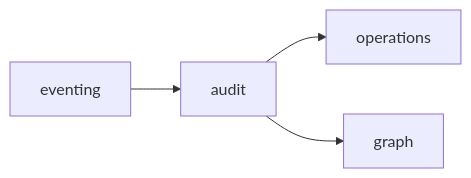
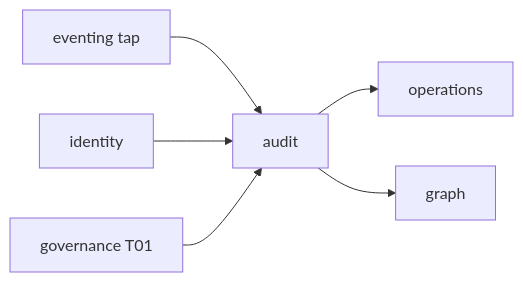
The diagram in docs/orchestration/modules/audit/R06-dependencies.md (jcafeitosa/anxionOS), drawn with Mermaid before and after one commit. The commit also changed other lines of this file and 3 other files, not shown here.

````diff
--- a/docs/orchestration/modules/audit/R06-dependencies.md
+++ b/docs/orchestration/modules/audit/R06-dependencies.md
@@ -27,6 +44,8 @@
 ```mermaid
 flowchart LR
-  ev[eventing] --> au[audit]
+  ev[eventing tap] --> au[audit]
+  idn[identity] --> au
+  gov[governance T01] --> au
   au --> ops[operations]
   au --> grp[graph]
 ```
````
